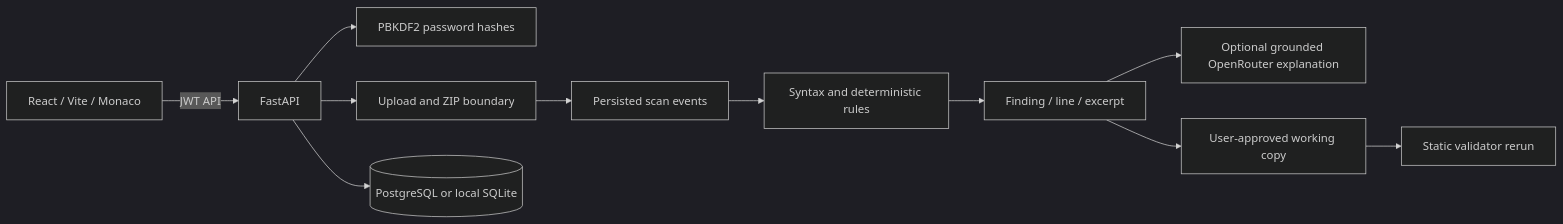
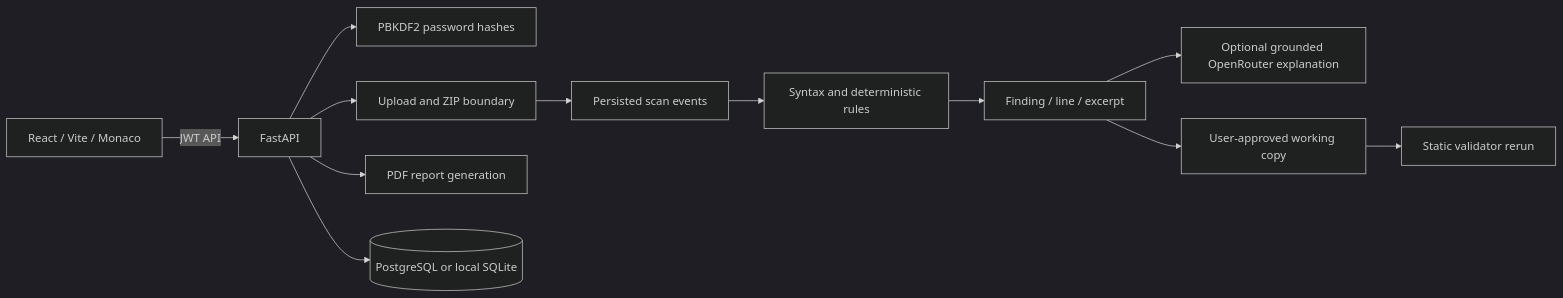
One commit to PraneethPW/CODEREVIEWAI changed the diagram in README.md. Above: the diagram before and after it, drawn with Mermaid (dark theme). The commit also changed other lines of this file and 6 other files, not shown here.

````diff
--- a/README.md
+++ b/README.md
@@ -33,13 +34,14 @@
 ```mermaid
 flowchart LR
   UI[React / Vite / Monaco] -->|JWT API| API[FastAPI]
   API --> AUTH[PBKDF2 password hashes]
   API --> INPUT[Upload and ZIP boundary]
   INPUT --> EVENTS[Persisted scan events]
   EVENTS --> RULES[Syntax and deterministic rules]
   RULES --> EVIDENCE[Finding / line / excerpt]
   EVIDENCE --> AI[Optional grounded OpenRouter explanation]
   EVIDENCE --> FIX[User-approved working copy]
   FIX --> VERIFY[Static validator rerun]
+  API --> REPORT[PDF report generation]
   API --> DB[(PostgreSQL or local SQLite)]
 ```
````
